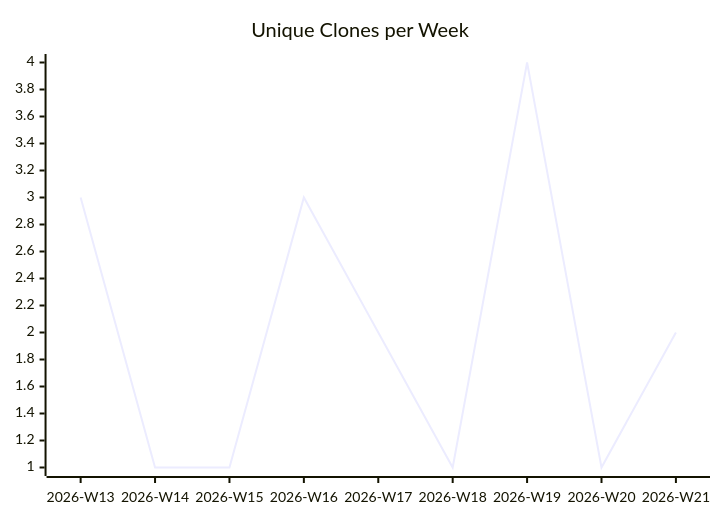
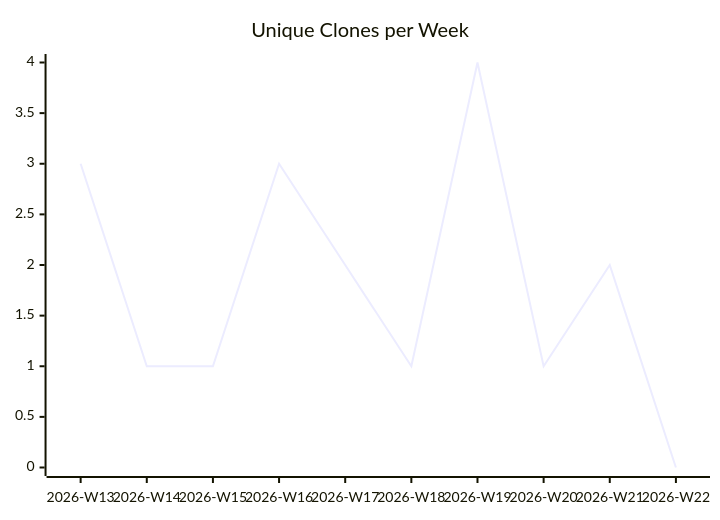
The third of 3 diagrams in karlmdavis/test-repo-for-move/README.md (justdavis-family/github-analytics-data), drawn with Mermaid before and after one commit. The commit also changed other lines of this file and 190 other files, not shown here.

````diff
--- a/karlmdavis/test-repo-for-move/README.md
+++ b/karlmdavis/test-repo-for-move/README.md
@@ -19,6 +19,6 @@
 ```mermaid
 xychart-beta
   title "Unique Clones per Week"
-  x-axis ["2026-W13", "2026-W14", "2026-W15", "2026-W16", "2026-W17", "2026-W18", "2026-W19", "2026-W20", "2026-W21"]
-  line [3, 1, 1, 3, 2, 1, 4, 1, 2]
+  x-axis ["2026-W13", "2026-W14", "2026-W15", "2026-W16", "2026-W17", "2026-W18", "2026-W19", "2026-W20", "2026-W21", "2026-W22"]
+  line [3, 1, 1, 3, 2, 1, 4, 1, 2, 0]
 ```
````
